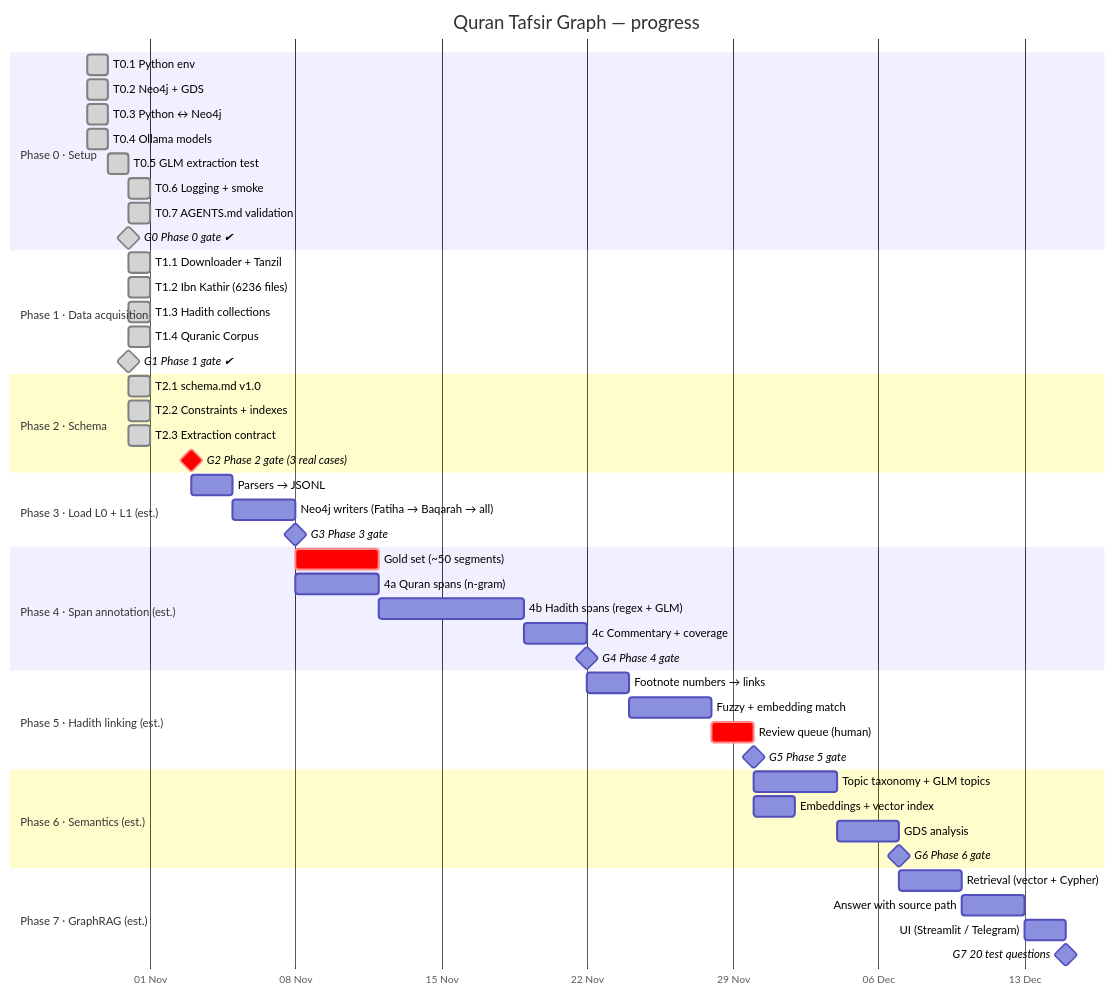
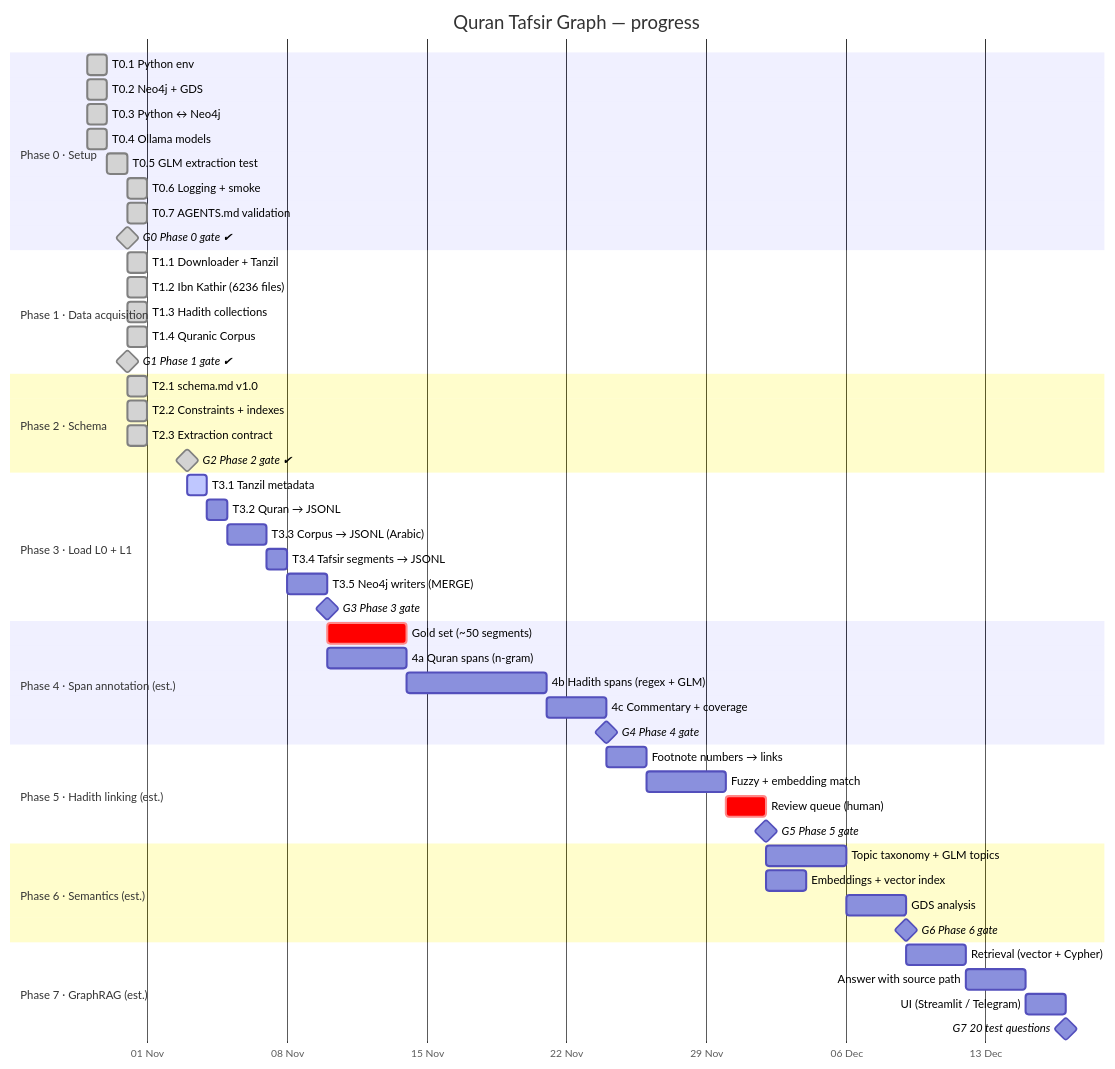
Before and after one commit to mohamed-soubhi/quran-graph: the diagram in docs/GANTT.md, drawn with Mermaid. The commit also changed other lines of this file and 7 other files, not shown here.

````diff
--- a/docs/GANTT.md
+++ b/docs/GANTT.md
@@ -9,60 +9,63 @@
 ```mermaid
 gantt
     title Quran Tafsir Graph — progress
     dateFormat YYYY-MM-DD
     axisFormat %d %b
     todayMarker stroke-width:3px,stroke:#d33
 
     section Phase 0 · Setup
     T0.1 Python env                 :done, t01, 2026-10-29, 1d
     T0.2 Neo4j + GDS                :done, t02, 2026-10-29, 1d
     T0.3 Python ↔ Neo4j             :done, t03, 2026-10-29, 1d
     T0.4 Ollama models              :done, t04, 2026-10-29, 1d
     T0.5 GLM extraction test        :done, t05, 2026-10-30, 1d
     T0.6 Logging + smoke            :done, t06, 2026-10-31, 1d
     T0.7 AGENTS.md validation       :done, t07, 2026-10-31, 1d
     G0 Phase 0 gate ✔               :milestone, done, g0, 2026-10-31, 0d
 
     section Phase 1 · Data acquisition
     T1.1 Downloader + Tanzil        :done, t11, 2026-10-31, 1d
     T1.2 Ibn Kathir (6236 files)    :done, t12, 2026-10-31, 1d
     T1.3 Hadith collections         :done, t13, 2026-10-31, 1d
     T1.4 Quranic Corpus            :done, t14, 2026-10-31, 1d
     G1 Phase 1 gate ✔               :milestone, done, g1, 2026-10-31, 0d
 
     section Phase 2 · Schema
     T2.1 schema.md v1.0            :done, t21, 2026-10-31, 1d
     T2.2 Constraints + indexes      :done, t22, 2026-10-31, 1d
     T2.3 Extraction contract        :done, t23, 2026-10-31, 1d
-    G2 Phase 2 gate (3 real cases)  :crit, milestone, g2, 2026-11-03, 0d
+    G2 Phase 2 gate ✔               :milestone, done, g2, 2026-11-03, 0d
 
-    section Phase 3 · Load L0 + L1 (est.)
-    Parsers → JSONL                 :p3a, after g2, 2d
-    Neo4j writers (Fatiha → Baqarah → all) :p3b, after p3a, 3d
+    section Phase 3 · Load L0 + L1
+    T3.1 Tanzil metadata            :active, t31, 2026-11-03, 1d
+    T3.2 Quran → JSONL              :t32, after t31, 1d
+    T3.3 Corpus → JSONL (Arabic)    :t33, after t32, 2d
+    T3.4 Tafsir segments → JSONL    :t34, after t33, 1d
+    T3.5 Neo4j writers (MERGE)      :p3b, after t34, 2d
     G3 Phase 3 gate                 :milestone, g3, after p3b, 0d
 
     section Phase 4 · Span annotation (est.)
     Gold set (~50 segments)         :crit, p4g, after g3, 4d
     4a Quran spans (n-gram)         :p4a, after g3, 4d
     4b Hadith spans (regex + GLM)   :p4b, after p4a, 7d
     4c Commentary + coverage        :p4c, after p4b, 3d
     G4 Phase 4 gate                 :milestone, g4, after p4c, 0d
 
     section Phase 5 · Hadith linking (est.)
     Footnote numbers → links        :p5a, after g4, 2d
     Fuzzy + embedding match         :p5b, after p5a, 4d
     Review queue (human)            :crit, p5c, after p5b, 2d
     G5 Phase 5 gate                 :milestone, g5, after p5c, 0d
 
     section Phase 6 · Semantics (est.)
     Topic taxonomy + GLM topics     :p6a, after g5, 4d
     Embeddings + vector index       :p6b, after g5, 2d
     GDS analysis                    :p6c, after p6a, 3d
     G6 Phase 6 gate                 :milestone, g6, after p6c, 0d
 
     section Phase 7 · GraphRAG (est.)
     Retrieval (vector + Cypher)     :p7a, after g6, 3d
     Answer with source path         :p7b, after p7a, 3d
     UI (Streamlit / Telegram)       :p7c, after p7b, 2d
     G7 20 test questions            :milestone, g7, after p7c, 0d
 ```
````
